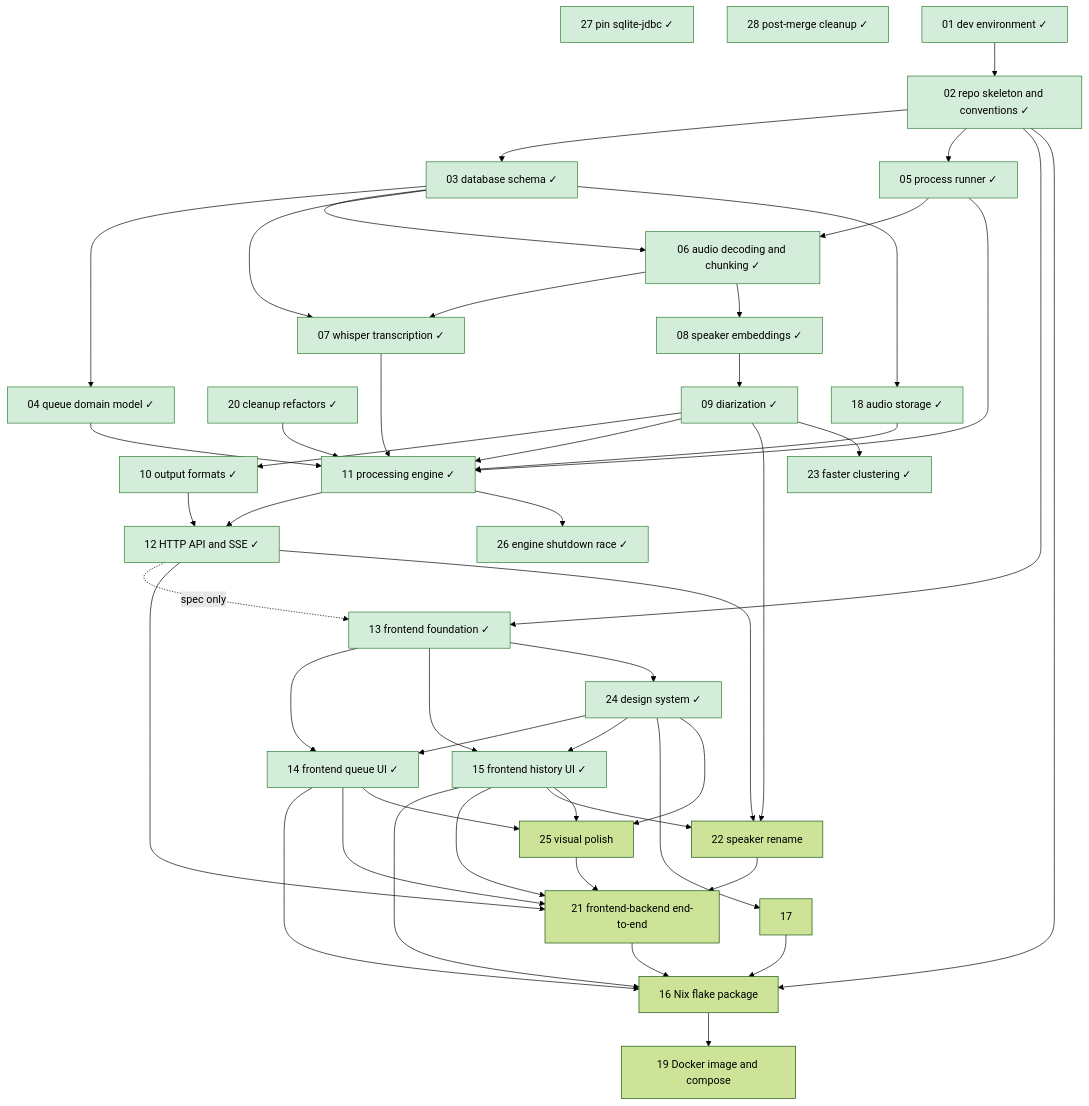
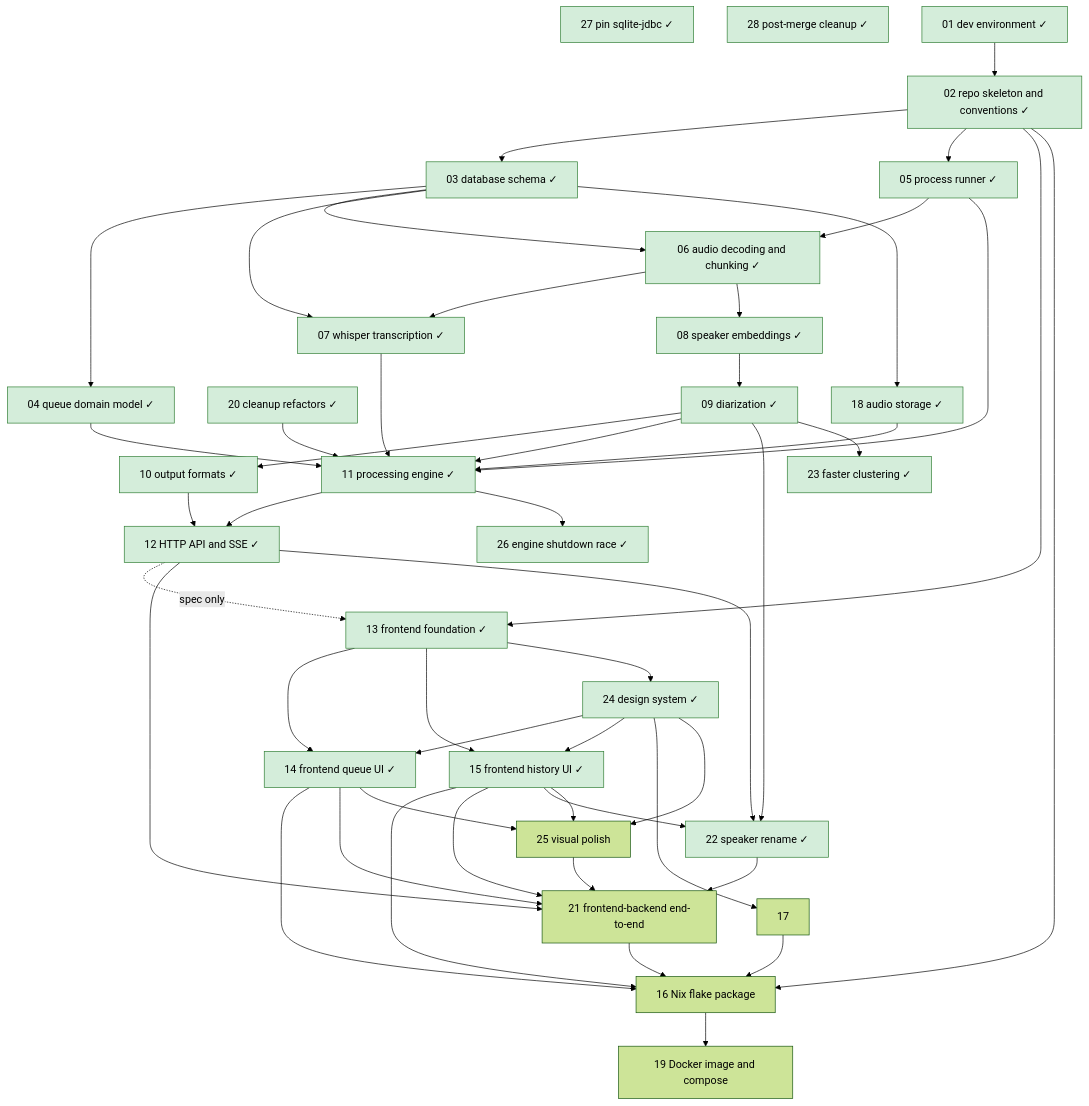
One commit to lulu-berlin/speech-to-text-app changed the diagram in roadmap/README.md. Above: the diagram before and after it, drawn with Mermaid (forest theme). The commit also changed other lines of this file and 2 other files, not shown here.

Commit message:
Complete roadmap item 22: move spec to docs/specs/speaker-rename.md

````diff
--- a/roadmap/README.md
+++ b/roadmap/README.md
@@ -17,54 +17,54 @@
 ```mermaid
 graph TD
   01[01 dev environment ✓]:::done --> 02[02 repo skeleton and conventions ✓]:::done
   02 --> 03[03 database schema ✓]:::done
   03 --> 04[04 queue domain model ✓]:::done
   02 --> 05[05 process runner ✓]:::done
   05 --> 06[06 audio decoding and chunking ✓]:::done
   03 --> 06
   06 --> 07[07 whisper transcription ✓]:::done
   03 --> 07
   06 --> 08[08 speaker embeddings ✓]:::done
   08 --> 09[09 diarization ✓]:::done
   09 --> 10[10 output formats ✓]:::done
   04 --> 11[11 processing engine ✓]:::done
   05 --> 11
   07 --> 11
   09 --> 11
   03 --> 18[18 audio storage ✓]:::done
   18 --> 11
   20 --> 11
   11 --> 12[12 HTTP API and SSE ✓]:::done
   10 --> 12
   02 --> 13[13 frontend foundation ✓]:::done
   12 -. spec only .-> 13
   13 --> 14[14 frontend queue UI ✓]:::done
   13 --> 15[15 frontend history UI ✓]:::done
   02 --> 16[16 Nix flake package]
   14 --> 16
   15 --> 16
   17 --> 16
   20[20 cleanup refactors ✓]:::done
   12 --> 21[21 frontend-backend end-to-end]
   14 --> 21
   15 --> 21
   22 --> 21
   25 --> 21
   16 --> 19[19 Docker image and compose]
   21 --> 16
-  09 --> 22[22 speaker rename]
+  09 --> 22[22 speaker rename ✓]:::done
   12 --> 22
   15 --> 22
   09 --> 23[23 faster clustering ✓]:::done
   13 --> 24[24 design system ✓]:::done
   24 --> 14
   24 --> 15
   24 --> 17
   24 --> 25[25 visual polish]
   14 --> 25
   15 --> 25
   11 --> 26[26 engine shutdown race ✓]:::done
   27[27 pin sqlite-jdbc ✓]:::done
   28[28 post-merge cleanup ✓]:::done
   classDef done fill:#d4edda,stroke:#2e7d32
 ```
````
